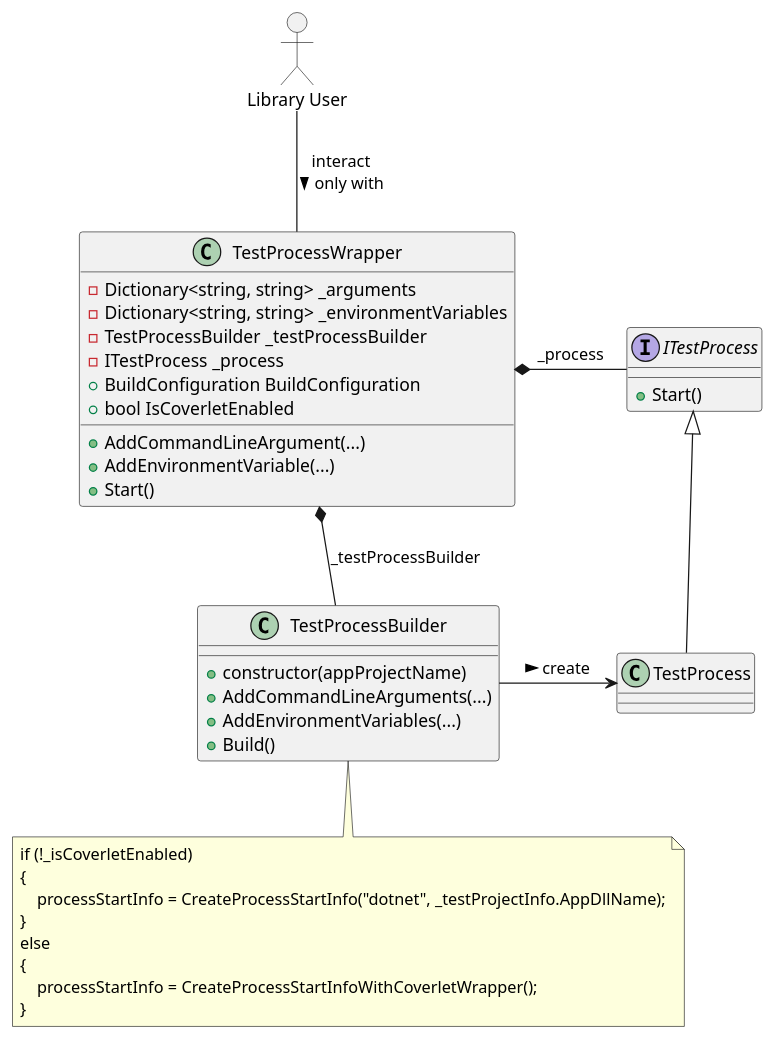
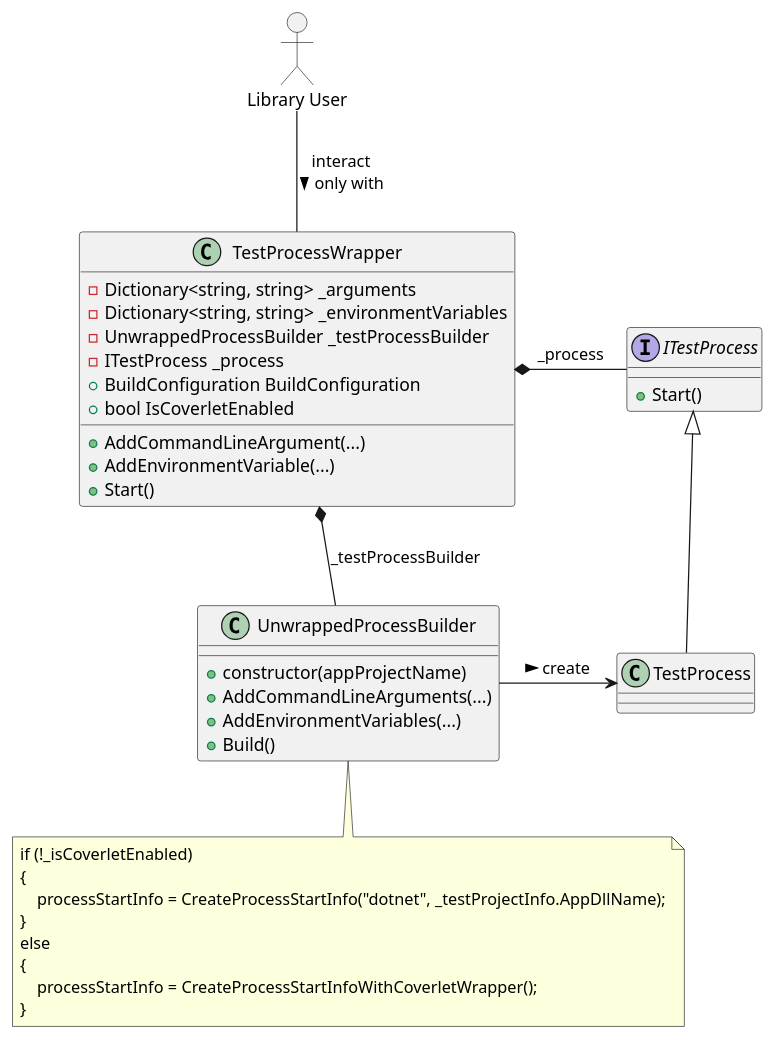
One commit to wonderbird/TestProcessWrapper changed the diagram in docs/current_create_process.puml. Above: the diagram before and after it, drawn with PlantUML. The commit also changed 3 other files, not shown here.

Commit message:
refactor: rename TestProcessBuilder to UnwrappedProcessBuilder

```diff
--- a/docs/current_create_process.puml
+++ b/docs/current_create_process.puml
@@ -1,51 +1,51 @@
 @startuml
 allowmixing
 
 actor "Library User" as user
 
 class "TestProcessWrapper" as wrapper {
   - Dictionary<string, string> _arguments
   - Dictionary<string, string> _environmentVariables
-  - TestProcessBuilder _testProcessBuilder
+  - UnwrappedProcessBuilder _testProcessBuilder
   - ITestProcess _process
   + BuildConfiguration BuildConfiguration
   + bool IsCoverletEnabled
 
   + AddCommandLineArgument(...)
   + AddEnvironmentVariable(...)
   + Start()
 }
 
 user -- wrapper : interact\nonly with >
 
-class "TestProcessBuilder" as builder {
+class "UnwrappedProcessBuilder" as builder {
   + constructor(appProjectName)
   + AddCommandLineArguments(...)
   + AddEnvironmentVariables(...)
   + Build()
 }
 
 wrapper *-- builder : _testProcessBuilder
 
 interface "ITestProcess" as process_if {
   + Start()
 }
 
 wrapper *- process_if : _process
 
 class "TestProcess" as process
 process_if <|-- process
 
 builder -> process : create >
 
 note bottom of builder
 if (!_isCoverletEnabled)
 {
     processStartInfo = CreateProcessStartInfo("dotnet", _testProjectInfo.AppDllName);
 }
 else
 {
     processStartInfo = CreateProcessStartInfoWithCoverletWrapper();
 }
 end note
 @enduml
```
